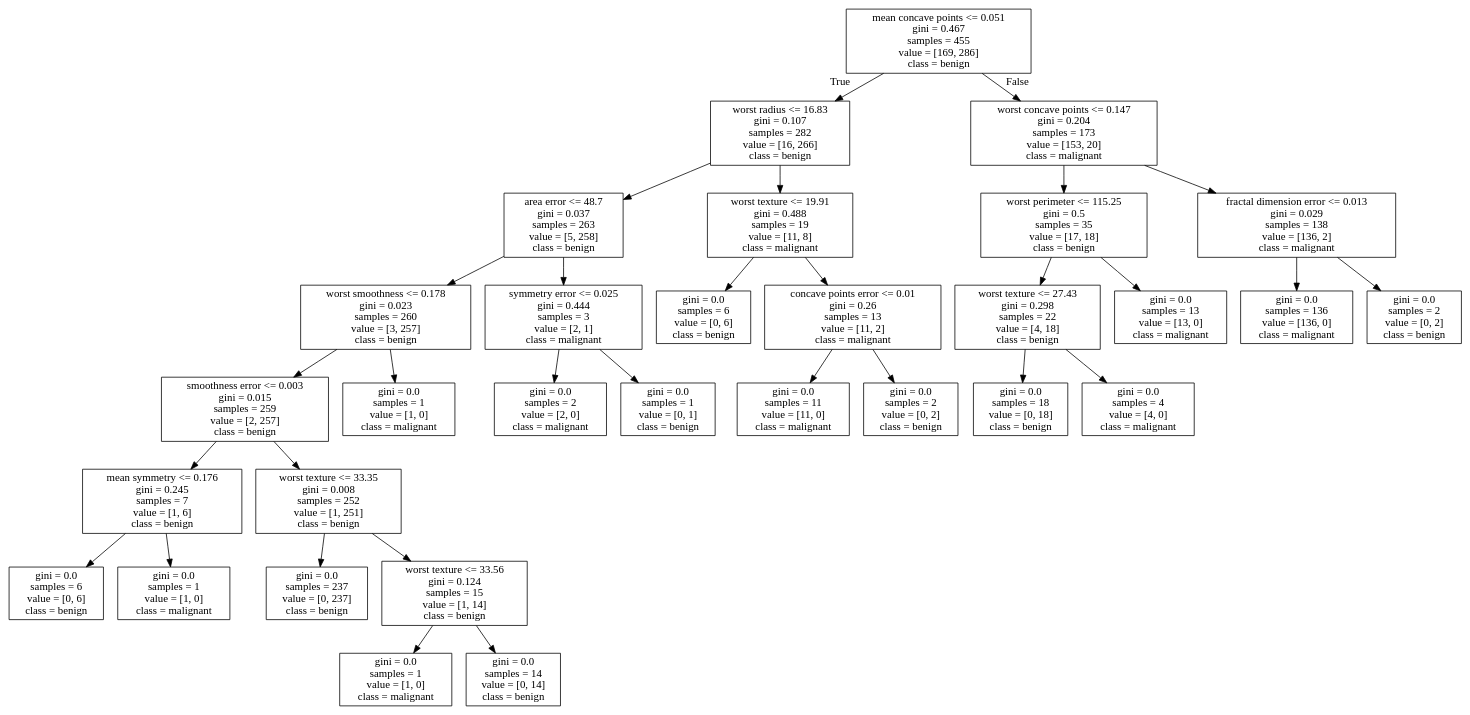
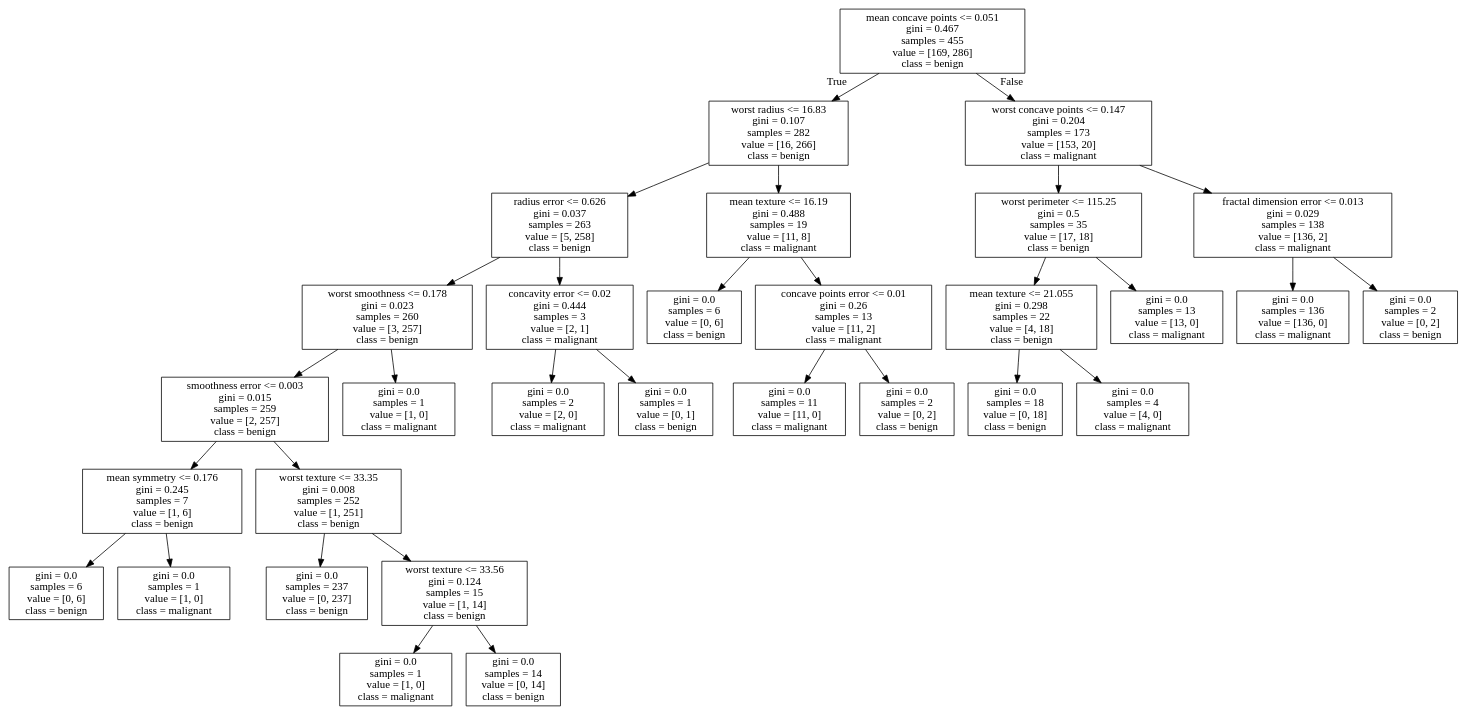
The diagram in P5_AplicacionML/tree.dot (Pedr0714/-CTE0156-holamundo), drawn with Graphviz before and after one commit. The commit also changed 1 other file, not shown here.

```diff
--- a/P5_AplicacionML/tree.dot
+++ b/P5_AplicacionML/tree.dot
@@ -1,64 +1,64 @@
 digraph Tree {
 node [shape=box] ;
 0 [label="mean concave points <= 0.051\ngini = 0.467\nsamples = 455\nvalue = [169, 286]\nclass = benign"] ;
 1 [label="worst radius <= 16.83\ngini = 0.107\nsamples = 282\nvalue = [16, 266]\nclass = benign"] ;
 0 -> 1 [labeldistance=2.5, labelangle=45, headlabel="True"] ;
-2 [label="area error <= 48.7\ngini = 0.037\nsamples = 263\nvalue = [5, 258]\nclass = benign"] ;
+2 [label="radius error <= 0.626\ngini = 0.037\nsamples = 263\nvalue = [5, 258]\nclass = benign"] ;
 1 -> 2 ;
 3 [label="worst smoothness <= 0.178\ngini = 0.023\nsamples = 260\nvalue = [3, 257]\nclass = benign"] ;
 2 -> 3 ;
 4 [label="smoothness error <= 0.003\ngini = 0.015\nsamples = 259\nvalue = [2, 257]\nclass = benign"] ;
 3 -> 4 ;
 5 [label="mean symmetry <= 0.176\ngini = 0.245\nsamples = 7\nvalue = [1, 6]\nclass = benign"] ;
 4 -> 5 ;
 6 [label="gini = 0.0\nsamples = 6\nvalue = [0, 6]\nclass = benign"] ;
 5 -> 6 ;
 7 [label="gini = 0.0\nsamples = 1\nvalue = [1, 0]\nclass = malignant"] ;
 5 -> 7 ;
 8 [label="worst texture <= 33.35\ngini = 0.008\nsamples = 252\nvalue = [1, 251]\nclass = benign"] ;
 4 -> 8 ;
 9 [label="gini = 0.0\nsamples = 237\nvalue = [0, 237]\nclass = benign"] ;
 8 -> 9 ;
 10 [label="worst texture <= 33.56\ngini = 0.124\nsamples = 15\nvalue = [1, 14]\nclass = benign"] ;
 8 -> 10 ;
 11 [label="gini = 0.0\nsamples = 1\nvalue = [1, 0]\nclass = malignant"] ;
 10 -> 11 ;
 12 [label="gini = 0.0\nsamples = 14\nvalue = [0, 14]\nclass = benign"] ;
 10 -> 12 ;
 13 [label="gini = 0.0\nsamples = 1\nvalue = [1, 0]\nclass = malignant"] ;
 3 -> 13 ;
-14 [label="symmetry error <= 0.025\ngini = 0.444\nsamples = 3\nvalue = [2, 1]\nclass = malignant"] ;
+14 [label="concavity error <= 0.02\ngini = 0.444\nsamples = 3\nvalue = [2, 1]\nclass = malignant"] ;
 2 -> 14 ;
 15 [label="gini = 0.0\nsamples = 2\nvalue = [2, 0]\nclass = malignant"] ;
 14 -> 15 ;
 16 [label="gini = 0.0\nsamples = 1\nvalue = [0, 1]\nclass = benign"] ;
 14 -> 16 ;
-17 [label="worst texture <= 19.91\ngini = 0.488\nsamples = 19\nvalue = [11, 8]\nclass = malignant"] ;
+17 [label="mean texture <= 16.19\ngini = 0.488\nsamples = 19\nvalue = [11, 8]\nclass = malignant"] ;
 1 -> 17 ;
 18 [label="gini = 0.0\nsamples = 6\nvalue = [0, 6]\nclass = benign"] ;
 17 -> 18 ;
 19 [label="concave points error <= 0.01\ngini = 0.26\nsamples = 13\nvalue = [11, 2]\nclass = malignant"] ;
 17 -> 19 ;
 20 [label="gini = 0.0\nsamples = 11\nvalue = [11, 0]\nclass = malignant"] ;
 19 -> 20 ;
 21 [label="gini = 0.0\nsamples = 2\nvalue = [0, 2]\nclass = benign"] ;
 19 -> 21 ;
 22 [label="worst concave points <= 0.147\ngini = 0.204\nsamples = 173\nvalue = [153, 20]\nclass = malignant"] ;
 0 -> 22 [labeldistance=2.5, labelangle=-45, headlabel="False"] ;
 23 [label="worst perimeter <= 115.25\ngini = 0.5\nsamples = 35\nvalue = [17, 18]\nclass = benign"] ;
 22 -> 23 ;
-24 [label="worst texture <= 27.43\ngini = 0.298\nsamples = 22\nvalue = [4, 18]\nclass = benign"] ;
+24 [label="mean texture <= 21.055\ngini = 0.298\nsamples = 22\nvalue = [4, 18]\nclass = benign"] ;
 23 -> 24 ;
 25 [label="gini = 0.0\nsamples = 18\nvalue = [0, 18]\nclass = benign"] ;
 24 -> 25 ;
 26 [label="gini = 0.0\nsamples = 4\nvalue = [4, 0]\nclass = malignant"] ;
 24 -> 26 ;
 27 [label="gini = 0.0\nsamples = 13\nvalue = [13, 0]\nclass = malignant"] ;
 23 -> 27 ;
 28 [label="fractal dimension error <= 0.013\ngini = 0.029\nsamples = 138\nvalue = [136, 2]\nclass = malignant"] ;
 22 -> 28 ;
 29 [label="gini = 0.0\nsamples = 136\nvalue = [136, 0]\nclass = malignant"] ;
 28 -> 29 ;
 30 [label="gini = 0.0\nsamples = 2\nvalue = [0, 2]\nclass = benign"] ;
 28 -> 30 ;
 }
```
